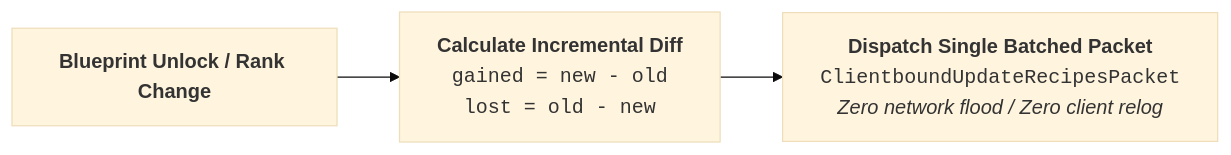
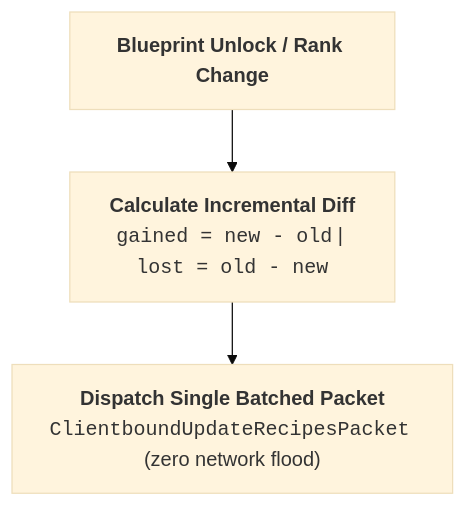
One commit to XZtotal/CraftingBlueprints-Wiki changed the second of 2 diagrams in docs/mechanics/previews-and-recipe-book.md. Above: the diagram before and after it, drawn with Mermaid (base theme). The commit also changed other lines of this file and 31 other files, not shown here.

Commit message:
style(docs): optimize diagram proportions, center all diagrams, and fix table padding

````diff
--- a/docs/mechanics/previews-and-recipe-book.md
+++ b/docs/mechanics/previews-and-recipe-book.md
@@ -79,8 +81,6 @@
 ```mermaid
-flowchart LR
+flowchart TD
     Event["<b>Blueprint Unlock / Rank Change</b>"]
-    Diff["<b>Calculate Incremental Diff</b><br/><code>gained = new - old</code><br/><code>lost = old - new</code>"]
-    Packet["<b>Dispatch Single Batched Packet</b><br/><code>ClientboundUpdateRecipesPacket</code><br/><i>Zero network flood / Zero client relog</i>"]
-
-    Event --> Diff --> Packet
+    --> Diff["<b>Calculate Incremental Diff</b><br/><code>gained = new - old</code> | <code>lost = old - new</code>"]
+    --> Packet["<b>Dispatch Single Batched Packet</b><br/><code>ClientboundUpdateRecipesPacket</code> (zero network flood)"]
 ```
````
